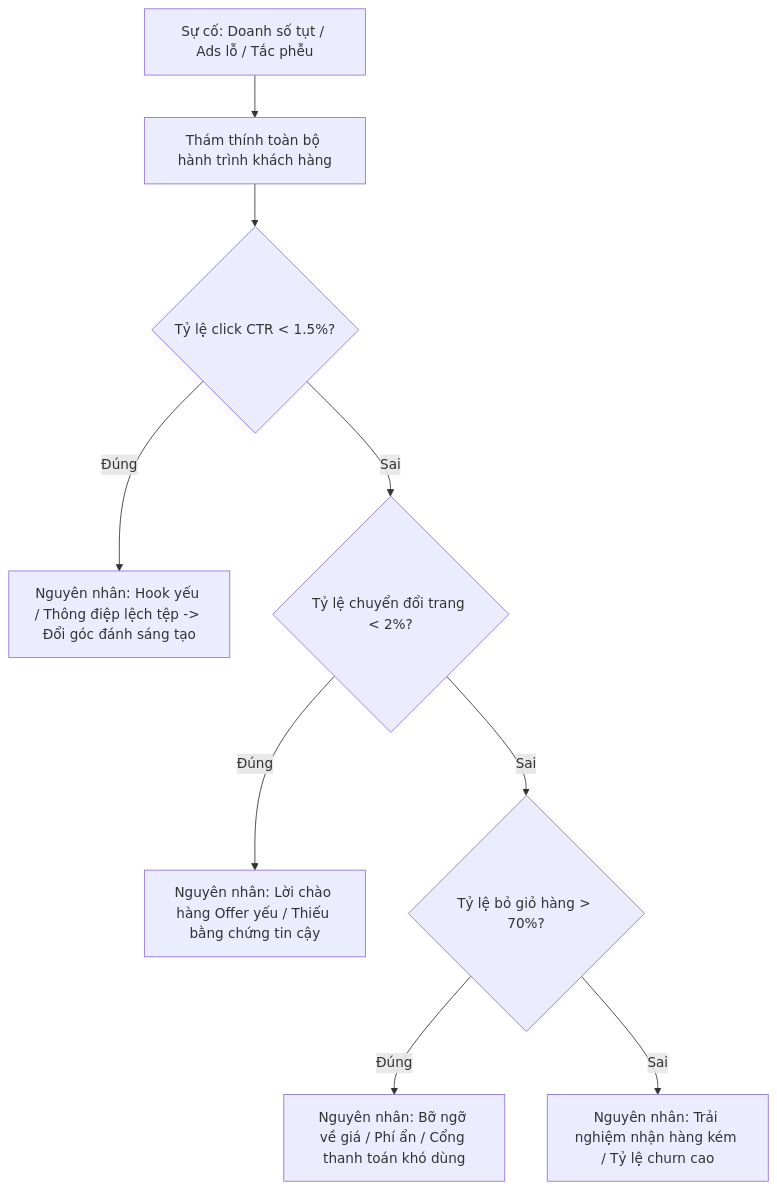
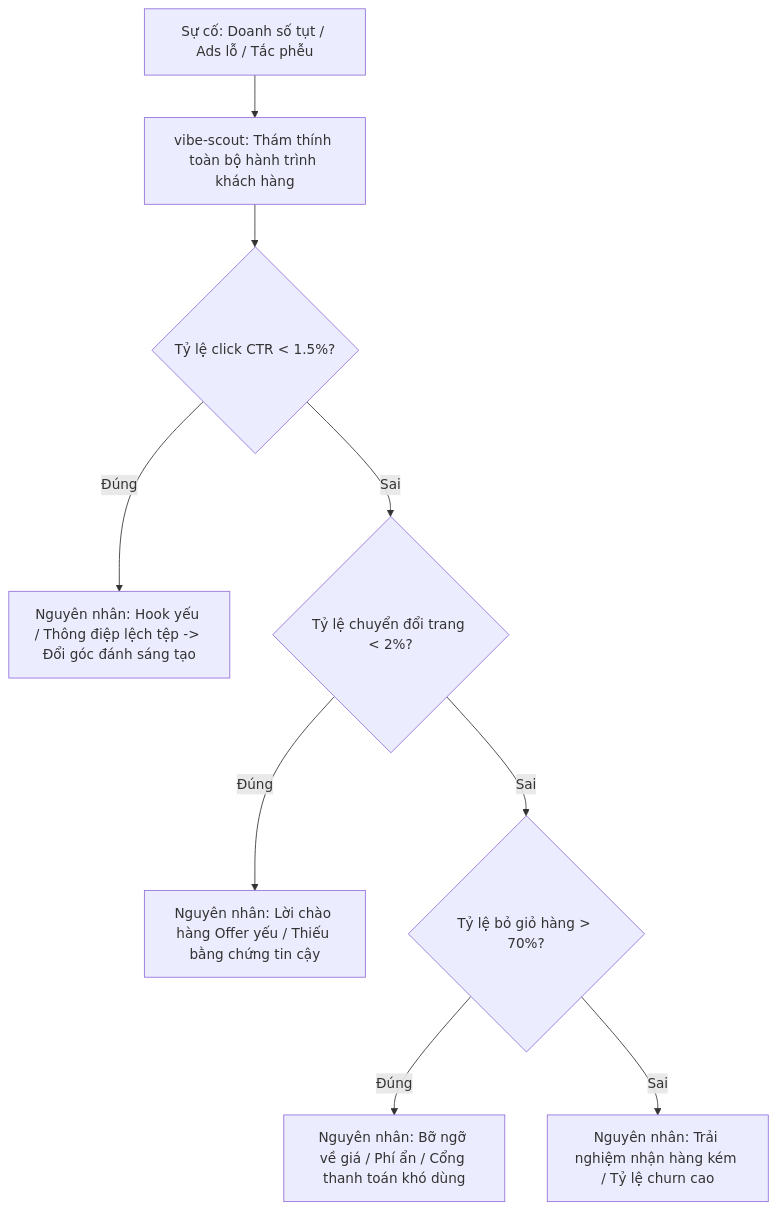
One commit to abm-dungtq/vibe-storm changed the diagram in README.md. Above: the diagram before and after it, drawn with Mermaid. The commit also changed other lines of this file and 16 other files, not shown here.

````diff
--- a/README.md
+++ b/README.md
@@ -118,11 +55,11 @@
 ```mermaid
 flowchart TD
-    Issue[Sự cố: Doanh số tụt / Ads lỗ / Tắc phễu] --> Audit[Thám thính toàn bộ hành trình khách hàng]
+    Issue[Sự cố: Doanh số tụt / Ads lỗ / Tắc phễu] --> Audit[vibe-scout: Thám thính toàn bộ hành trình khách hàng]
     Audit --> Q1{Tỷ lệ click CTR < 1.5%?}
     Q1 -->|Đúng| F1[Nguyên nhân: Hook yếu / Thông điệp lệch tệp -> Đổi góc đánh sáng tạo]
     Q1 -->|Sai| Q2{Tỷ lệ chuyển đổi trang < 2%?}
     Q2 -->|Đúng| F2[Nguyên nhân: Lời chào hàng Offer yếu / Thiếu bằng chứng tin cậy]
     Q2 -->|Sai| Q3{Tỷ lệ bỏ giỏ hàng > 70%?}
     Q3 -->|Đúng| F3[Nguyên nhân: Bỡ ngỡ về giá / Phí ẩn / Cổng thanh toán khó dùng]
     Q3 -->|Sai| F4[Nguyên nhân: Trải nghiệm nhận hàng kém / Tỷ lệ churn cao]
 ```
````
